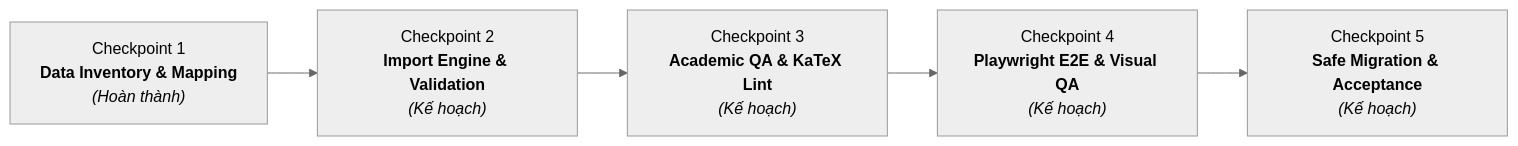
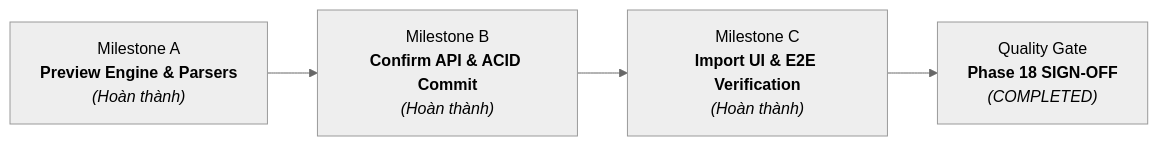
The diagram in docs/phase-18.md (hthuyngan/STUDY_AI-), drawn with Mermaid (neutral theme) before and after one commit. The commit also changed other lines of this file and 11 other files, not shown here.

Commit message:
test(phase-18): complete final acceptance suite, regression tests & E2E verification

````diff
--- a/docs/phase-18.md
+++ b/docs/phase-18.md
@@ -24,7 +25,6 @@
 ```mermaid
 flowchart LR
-    CP1["Checkpoint 1<br><b>Data Inventory & Mapping</b><br><i>(Hoàn thành)</i>"] --> CP2["Checkpoint 2<br><b>Import Engine & Validation</b><br><i>(Kế hoạch)</i>"]
-    CP2 --> CP3["Checkpoint 3<br><b>Academic QA & KaTeX Lint</b><br><i>(Kế hoạch)</i>"]
-    CP3 --> CP4["Checkpoint 4<br><b>Playwright E2E & Visual QA</b><br><i>(Kế hoạch)</i>"]
-    CP4 --> CP5["Checkpoint 5<br><b>Safe Migration & Acceptance</b><br><i>(Kế hoạch)</i>"]
+    M_A["Milestone A<br><b>Preview Engine & Parsers</b><br><i>(Hoàn thành)</i>"] --> M_B["Milestone B<br><b>Confirm API & ACID Commit</b><br><i>(Hoàn thành)</i>"]
+    M_B --> M_C["Milestone C<br><b>Import UI & E2E Verification</b><br><i>(Hoàn thành)</i>"]
+    M_C --> GATE["Quality Gate<br><b>Phase 18 SIGN-OFF</b><br><i>(COMPLETED)</i>"]
 ```
````
